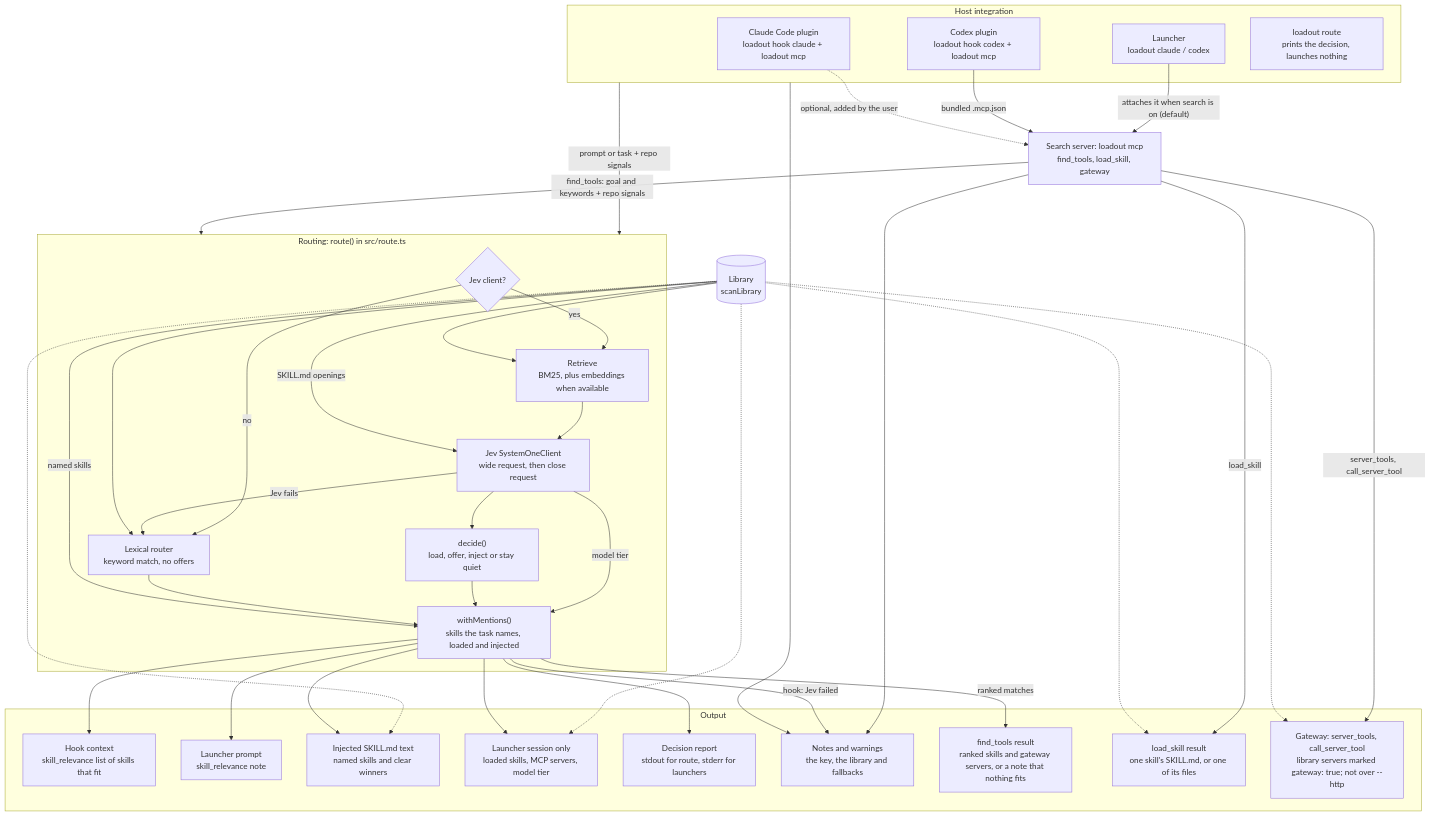
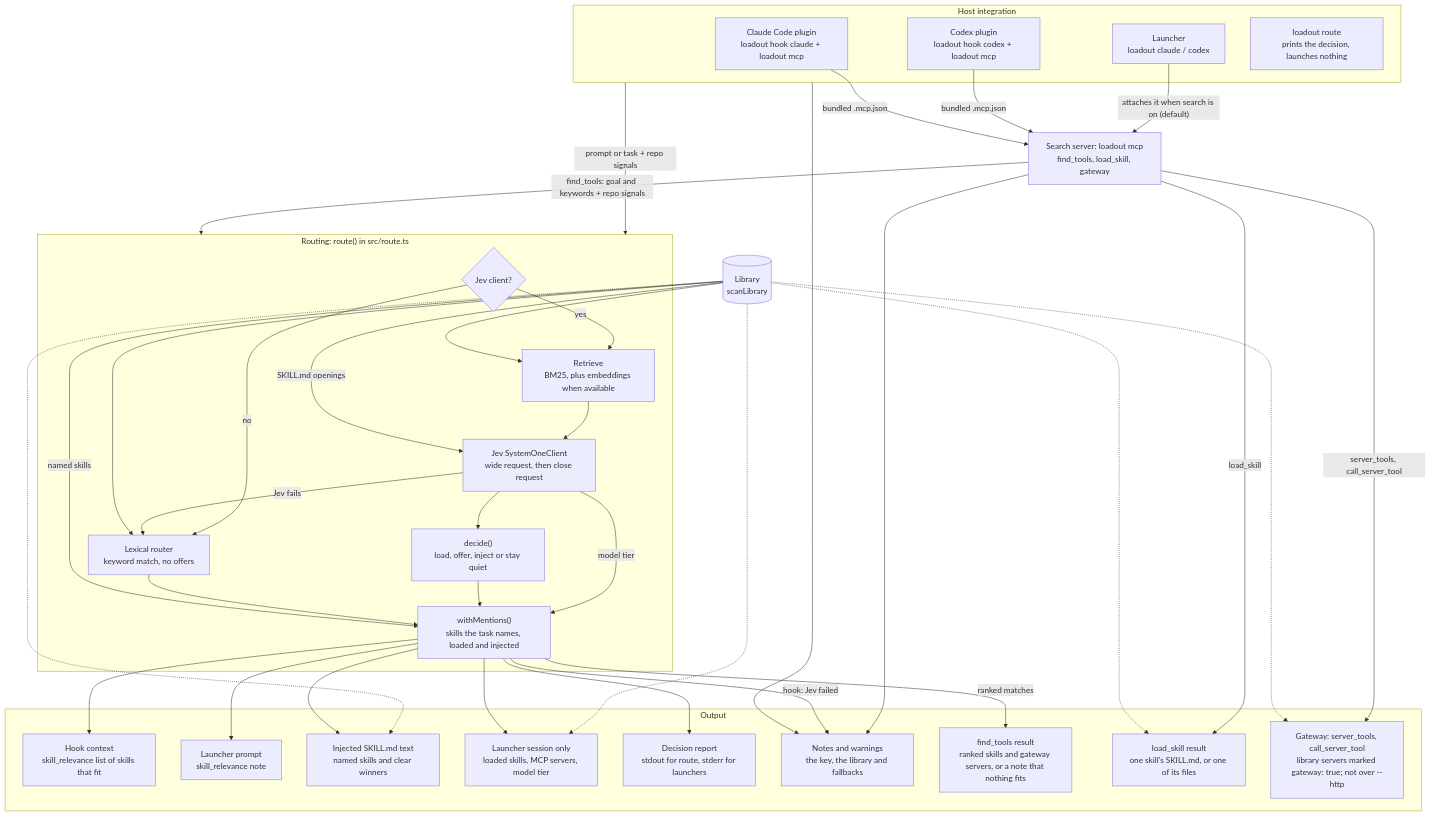
The diagram in DESIGN.md (erik-hedstrom/loadout), drawn with Mermaid before and after one commit. The commit also changed other lines of this file and 5 other files, not shown here.

````diff
--- a/DESIGN.md
+++ b/DESIGN.md
@@ -32,67 +33,67 @@
 ```mermaid
 flowchart TB
     subgraph host["Host integration"]
         CH["Claude Code plugin<br/>loadout hook claude + loadout mcp"]
         XH["Codex plugin<br/>loadout hook codex + loadout mcp"]
         LA["Launcher<br/>loadout claude / codex"]
         RT["loadout route<br/>prints the decision, launches nothing"]
     end
 
     MS["Search server: loadout mcp<br/>find_tools, load_skill, gateway"]
 
     LIB[("Library<br/>scanLibrary")]
 
     subgraph routing["Routing: route() in src/route.ts"]
         GATE{"Jev client?"}
         RET["Retrieve<br/>BM25, plus embeddings when available"]
         JEV["Jev SystemOneClient<br/>wide request, then close request"]
         DEC["decide()<br/>load, offer, inject or stay quiet"]
         LEX["Lexical router<br/>keyword match, no offers"]
         MEN["withMentions()<br/>skills the task names, loaded and injected"]
         GATE -->|"yes"| RET
         GATE -->|"no"| LEX
         RET --> JEV
         JEV -->|"Jev fails"| LEX
         JEV --> DEC
         JEV -->|"model tier"| MEN
         DEC --> MEN
         LEX --> MEN
     end
 
     subgraph out["Output"]
         HC["Hook context<br/>skill_relevance list of skills that fit"]
         LC["Launcher prompt<br/>skill_relevance note"]
         INJ["Injected SKILL.md text<br/>named skills and clear winners"]
         LSN["Launcher session only<br/>loaded skills, MCP servers, model tier"]
         DR["Decision report<br/>stdout for route, stderr for launchers"]
         NOTE["Notes and warnings<br/>the key, the library and fallbacks"]
         FSR["find_tools result<br/>ranked skills and gateway servers, or a note that nothing fits"]
         LS["load_skill result<br/>one skill's SKILL.md, or one of its files"]
         GW["Gateway: server_tools, call_server_tool<br/>library servers marked gateway: true; not over --http"]
     end
 
     host -->|"prompt or task + repo signals"| routing
     LA -->|"attaches it when search is on (default)"| MS
     XH -->|"bundled .mcp.json"| MS
-    CH -.->|"optional, added by the user"| MS
+    CH -->|"bundled .mcp.json"| MS
     MS -->|"find_tools: goal and keywords + repo signals"| routing
     MS -->|"load_skill"| LS
     MS -->|"server_tools, call_server_tool"| GW
     LIB --> RET
     LIB --> LEX
     LIB -->|"named skills"| MEN
     LIB -->|"SKILL.md openings"| JEV
     LIB -.-> INJ
     LIB -.-> LSN
     LIB -.-> LS
     LIB -.-> GW
     host --> NOTE
     MS --> NOTE
     MEN --> HC
     MEN --> LC
     MEN --> INJ
     MEN --> LSN
     MEN --> DR
     MEN -->|"hook: Jev failed"| NOTE
     MEN -->|"ranked matches"| FSR
 ```
````
